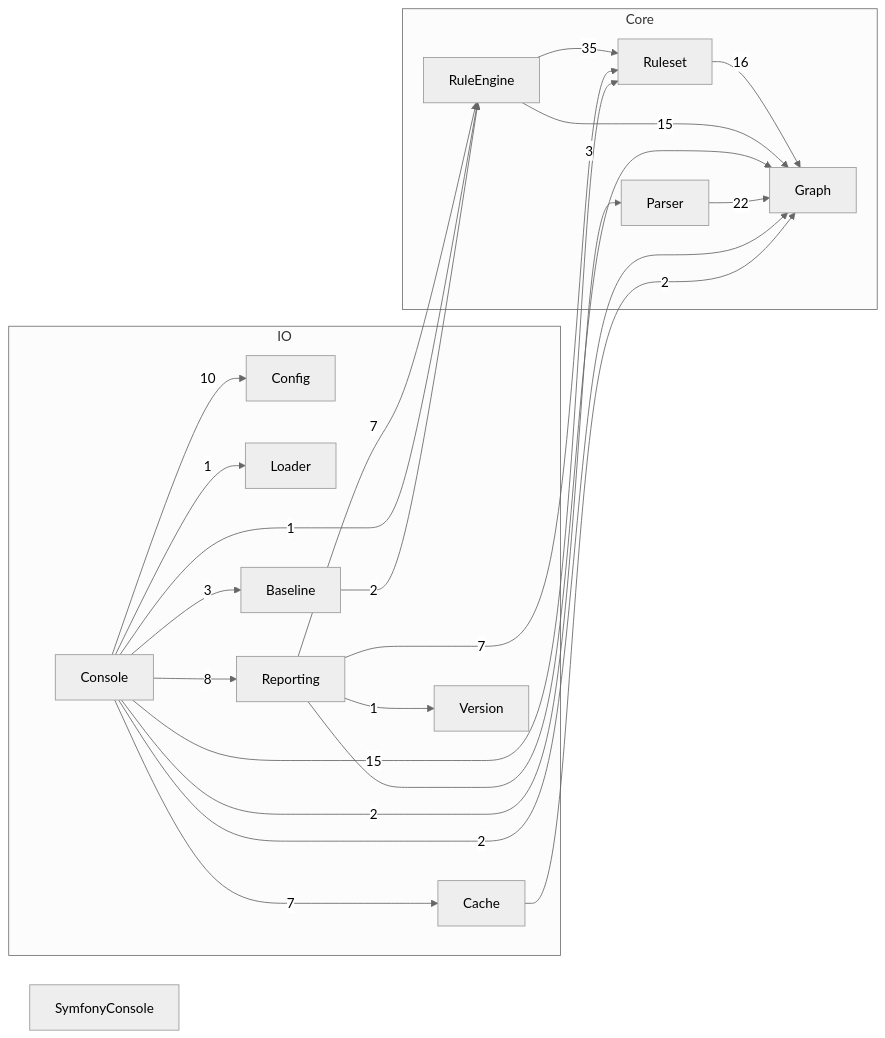
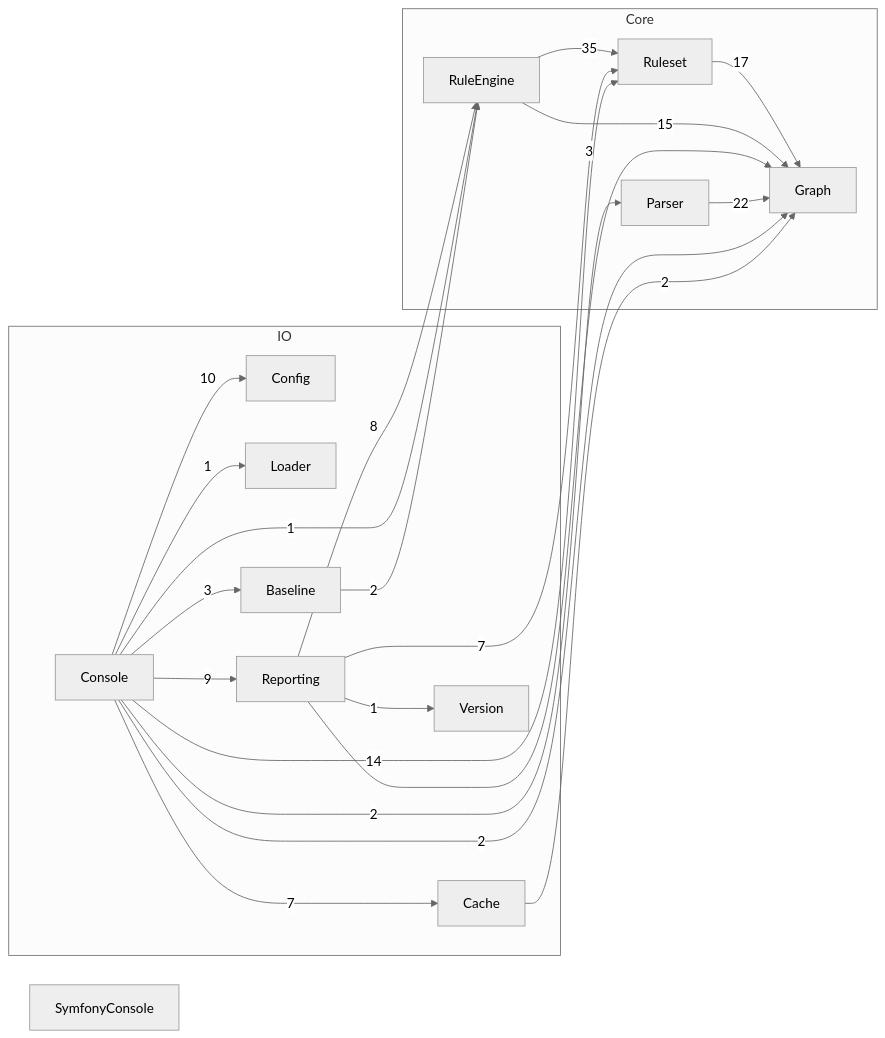
Before and after one commit to spandrel-php/spandrel-src: the diagram in docs/architecture.md, drawn with Mermaid (neutral theme). The commit also changed other lines of this file and 5 other files, not shown here.

First line of the commit message:
Mermaid: show external layers and their edges, redesign encodings (#43)

````diff
--- a/docs/architecture.md
+++ b/docs/architecture.md
@@ -64,39 +64,39 @@
 ```mermaid
 flowchart LR
     subgraph IO
         Config
         Loader
         Cache
         Reporting
         Console
         Baseline
         Version
     end
     subgraph Core
         Graph
         Ruleset
         Parser
         RuleEngine
     end
     SymfonyConsole
 
     Baseline -->|"2"| RuleEngine
     Cache -->|"2"| Graph
     Console -->|"3"| Baseline
     Console -->|"7"| Cache
     Console -->|"10"| Config
     Console -->|"2"| Graph
     Console -->|"1"| Loader
     Console -->|"2"| Parser
-    Console -->|"8"| Reporting
+    Console -->|"9"| Reporting
     Console -->|"1"| RuleEngine
-    Console -->|"15"| Ruleset
+    Console -->|"14"| Ruleset
     Parser -->|"22"| Graph
     Reporting -->|"3"| Graph
-    Reporting -->|"7"| RuleEngine
+    Reporting -->|"8"| RuleEngine
     Reporting -->|"7"| Ruleset
     Reporting -->|"1"| Version
     RuleEngine -->|"15"| Graph
     RuleEngine -->|"35"| Ruleset
-    Ruleset -->|"16"| Graph
+    Ruleset -->|"17"| Graph
 ```
````
